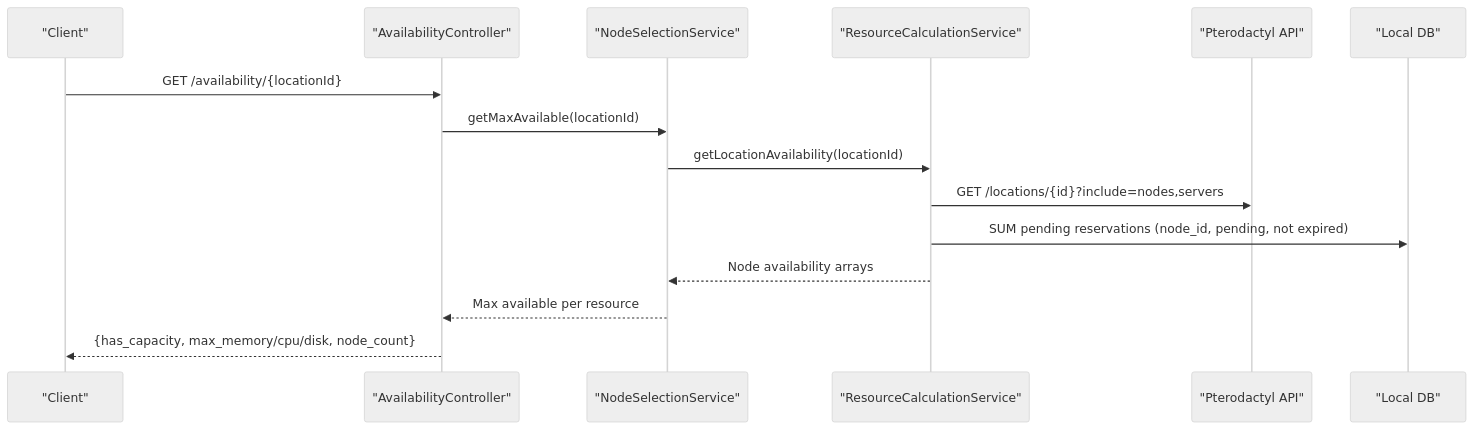
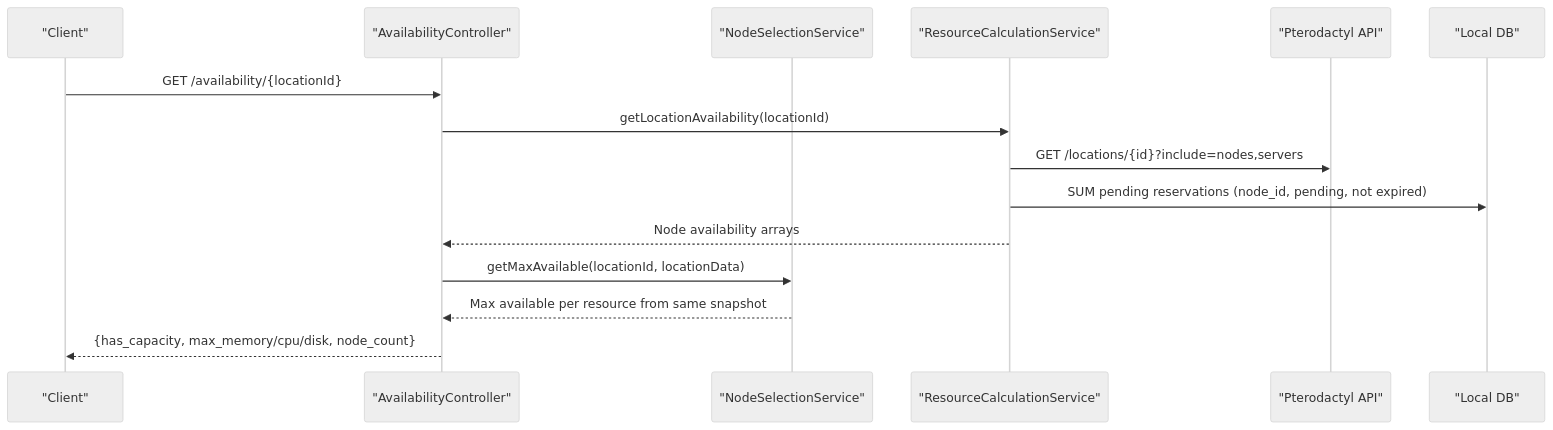
Before and after one commit to ObsidianNetwork/dynamic-pterodactyl: the second of 4 diagrams in .qoder/repowiki/en/content/Architecture Overview/Service Layer Design/Resource Calculation Service.md, drawn with Mermaid (neutral theme). The commit also changed other lines of this file and 9 other files, not shown here.

````diff
--- a/.qoder/repowiki/en/content/Architecture Overview/Service Layer Design/Resource Calculation Service.md
+++ b/.qoder/repowiki/en/content/Architecture Overview/Service Layer Design/Resource Calculation Service.md
@@ -79,17 +79,17 @@
 ```mermaid
 sequenceDiagram
 participant C as "Client"
 participant A as "AvailabilityController"
 participant N as "NodeSelectionService"
 participant S as "ResourceCalculationService"
 participant P as "Pterodactyl API"
 participant D as "Local DB"
 C->>A : GET /availability/{locationId}
-A->>N : getMaxAvailable(locationId)
-N->>S : getLocationAvailability(locationId)
+A->>S : getLocationAvailability(locationId)
 S->>P : GET /locations/{id}?include=nodes,servers
 S->>D : SUM pending reservations (node_id, pending, not expired)
-S-->>N : Node availability arrays
-N-->>A : Max available per resource
+S-->>A : Node availability arrays
+A->>N : getMaxAvailable(locationId, locationData)
+N-->>A : Max available per resource from same snapshot
 A-->>C : {has_capacity, max_memory/cpu/disk, node_count}
 ```
````
